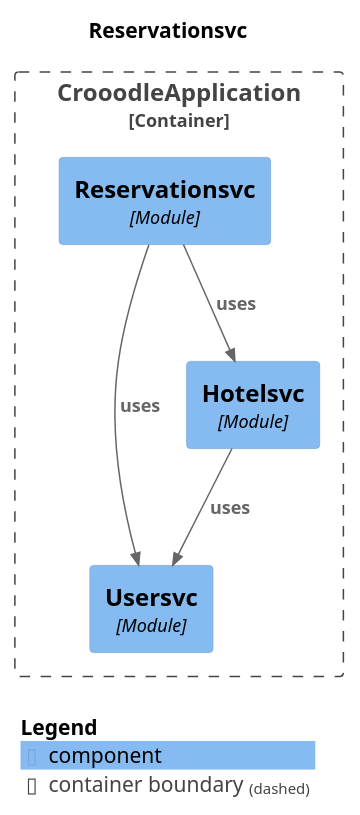
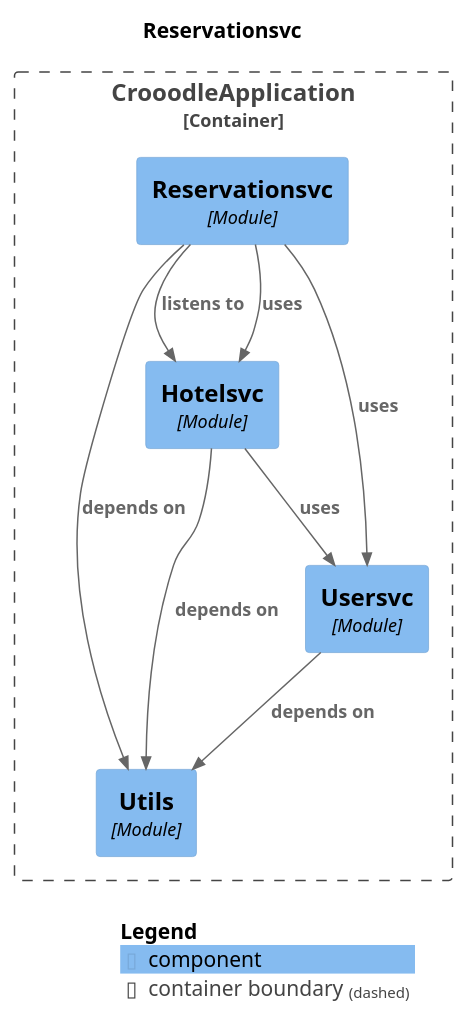
Before and after one commit to rchuk/crooodle: the diagram in backend/docs/module-reservationsvc.puml, drawn with PlantUML. The commit also changed 2 other files, not shown here.

```diff
--- a/backend/docs/module-reservationsvc.puml
+++ b/backend/docs/module-reservationsvc.puml
@@ -1,22 +1,27 @@
 @startuml
 set separator none
 title Reservationsvc
 
 top to bottom direction
 
 !include <C4/C4>
 !include <C4/C4_Context>
 !include <C4/C4_Component>
 
 Container_Boundary("CrooodleApplication.CrooodleApplication_boundary", "CrooodleApplication", $tags="") {
+  Component(CrooodleApplication.CrooodleApplication.Utils, "Utils", $techn="Module", $descr="", $tags="", $link="")
   Component(CrooodleApplication.CrooodleApplication.Usersvc, "Usersvc", $techn="Module", $descr="", $tags="", $link="")
   Component(CrooodleApplication.CrooodleApplication.Hotelsvc, "Hotelsvc", $techn="Module", $descr="", $tags="", $link="")
   Component(CrooodleApplication.CrooodleApplication.Reservationsvc, "Reservationsvc", $techn="Module", $descr="", $tags="", $link="")
 }
 
+Rel(CrooodleApplication.CrooodleApplication.Reservationsvc, CrooodleApplication.CrooodleApplication.Utils, "depends on", $techn="", $tags="", $link="")
 Rel(CrooodleApplication.CrooodleApplication.Reservationsvc, CrooodleApplication.CrooodleApplication.Hotelsvc, "uses", $techn="", $tags="", $link="")
 Rel(CrooodleApplication.CrooodleApplication.Reservationsvc, CrooodleApplication.CrooodleApplication.Usersvc, "uses", $techn="", $tags="", $link="")
+Rel(CrooodleApplication.CrooodleApplication.Hotelsvc, CrooodleApplication.CrooodleApplication.Utils, "depends on", $techn="", $tags="", $link="")
 Rel(CrooodleApplication.CrooodleApplication.Hotelsvc, CrooodleApplication.CrooodleApplication.Usersvc, "uses", $techn="", $tags="", $link="")
+Rel(CrooodleApplication.CrooodleApplication.Usersvc, CrooodleApplication.CrooodleApplication.Utils, "depends on", $techn="", $tags="", $link="")
+Rel(CrooodleApplication.CrooodleApplication.Reservationsvc, CrooodleApplication.CrooodleApplication.Hotelsvc, "listens to", $techn="", $tags="", $link="")
 
 SHOW_LEGEND(true)
 @enduml
```
